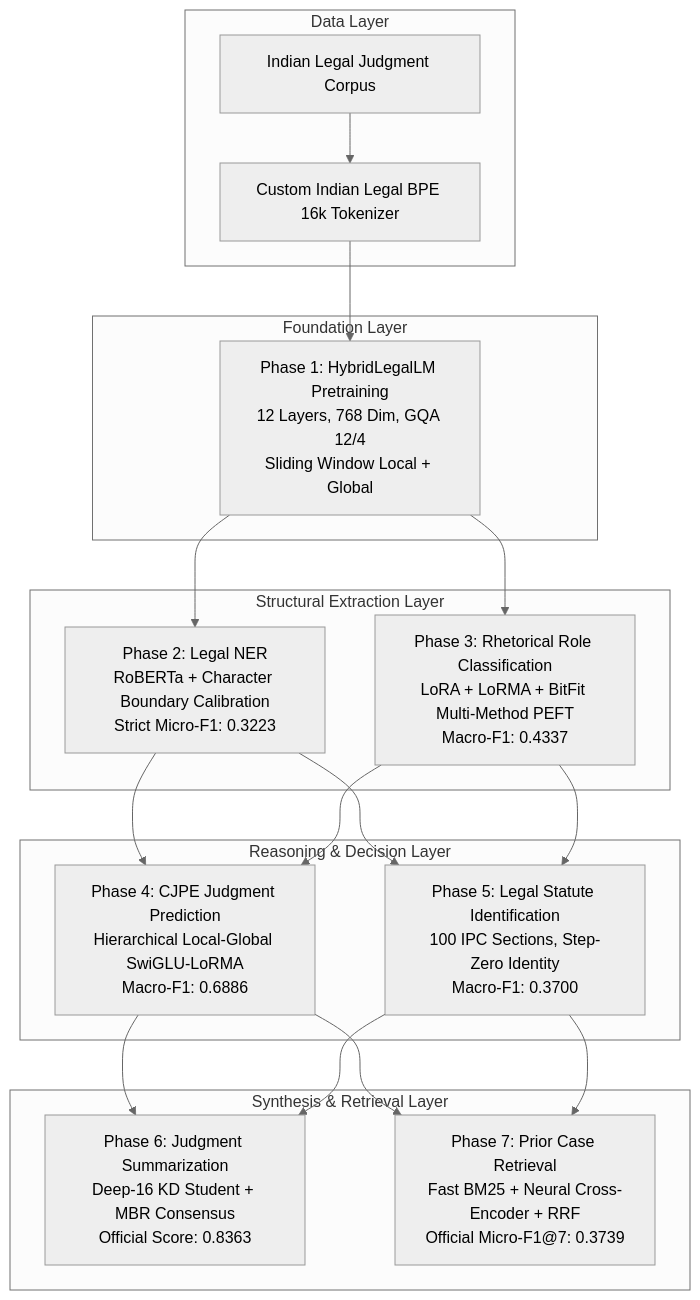
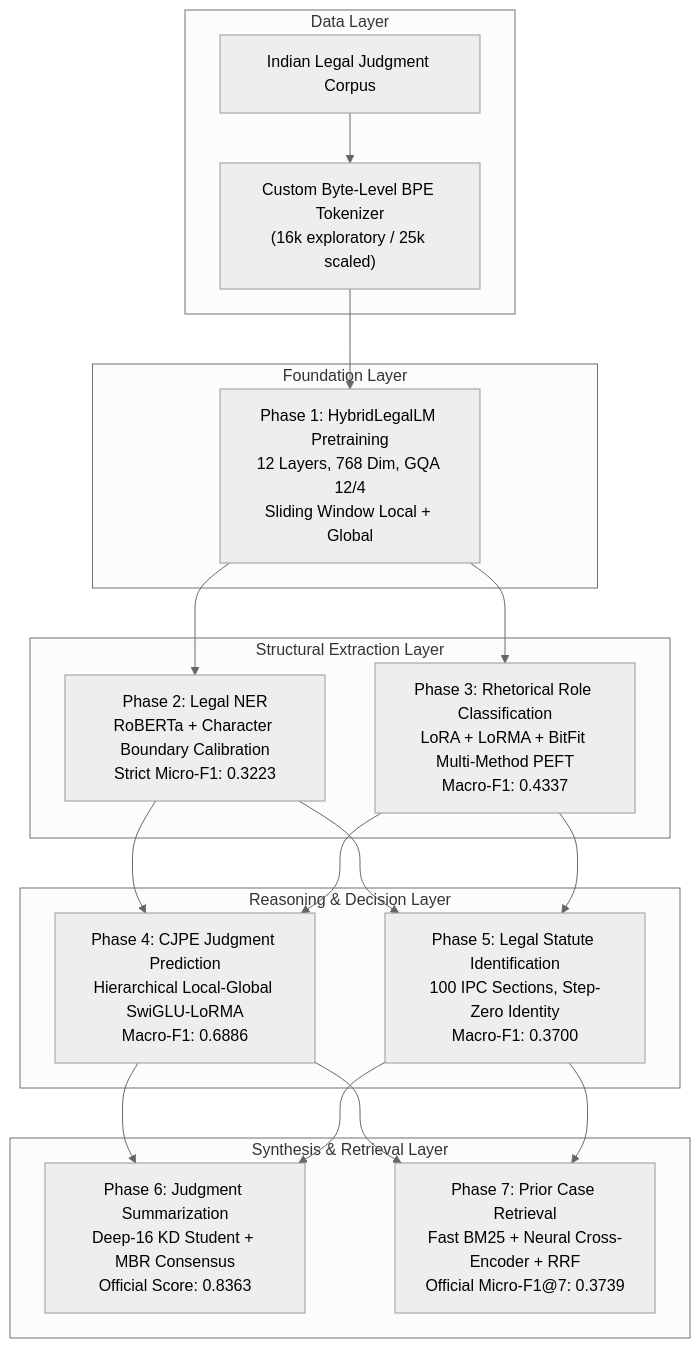
Before and after one commit to Ayush-Mishra6343/CS781: the diagram in README.md, drawn with Mermaid (neutral theme). The commit also changed other lines of this file and 169 other files, not shown here.

````diff
--- a/README.md
+++ b/README.md
@@ -46,25 +46,25 @@
 ```mermaid
 flowchart TD
     subgraph Data Layer
-        A[Indian Legal Judgment Corpus] --> B[Custom Indian Legal BPE 16k Tokenizer]
+        A[Indian Legal Judgment Corpus] --> B["Custom Byte-Level BPE Tokenizer\n(16k exploratory / 25k scaled)"]
     end
 
     subgraph Foundation Layer
         B --> C["Phase 1: HybridLegalLM Pretraining\n12 Layers, 768 Dim, GQA 12/4\nSliding Window Local + Global"]
     end
 
     subgraph Structural Extraction Layer
         C --> D["Phase 2: Legal NER\nRoBERTa + Character Boundary Calibration\nStrict Micro-F1: 0.3223"]
         C --> E["Phase 3: Rhetorical Role Classification\nLoRA + LoRMA + BitFit Multi-Method PEFT\nMacro-F1: 0.4337"]
     end
 
     subgraph Reasoning & Decision Layer
         D & E --> F["Phase 4: CJPE Judgment Prediction\nHierarchical Local-Global SwiGLU-LoRMA\nMacro-F1: 0.6886"]
         D & E --> G["Phase 5: Legal Statute Identification\n100 IPC Sections, Step-Zero Identity\nMacro-F1: 0.3700"]
     end
 
     subgraph Synthesis & Retrieval Layer
         F & G --> H["Phase 6: Judgment Summarization\nDeep-16 KD Student + MBR Consensus\nOfficial Score: 0.8363"]
         F & G --> I["Phase 7: Prior Case Retrieval\nFast BM25 + Neural Cross-Encoder + RRF\nOfficial Micro-F1@7: 0.3739"]
     end
 ```
````
